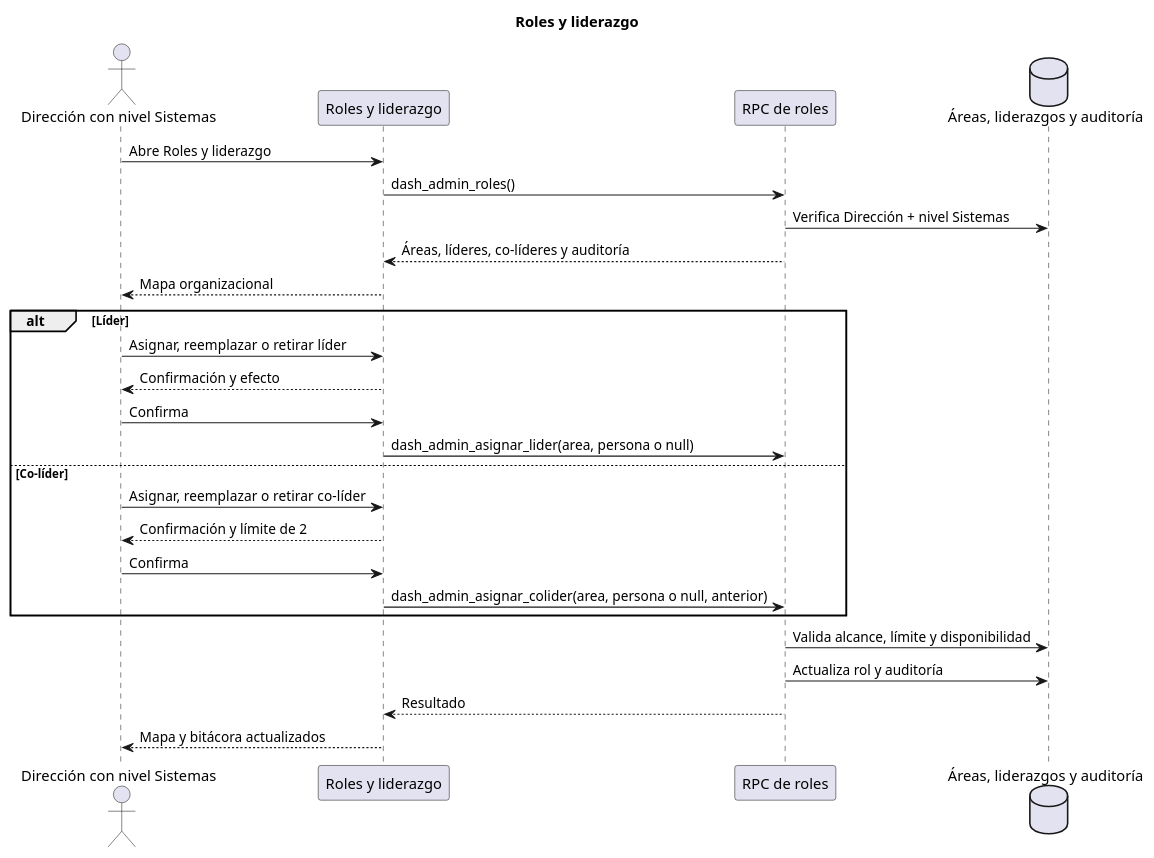
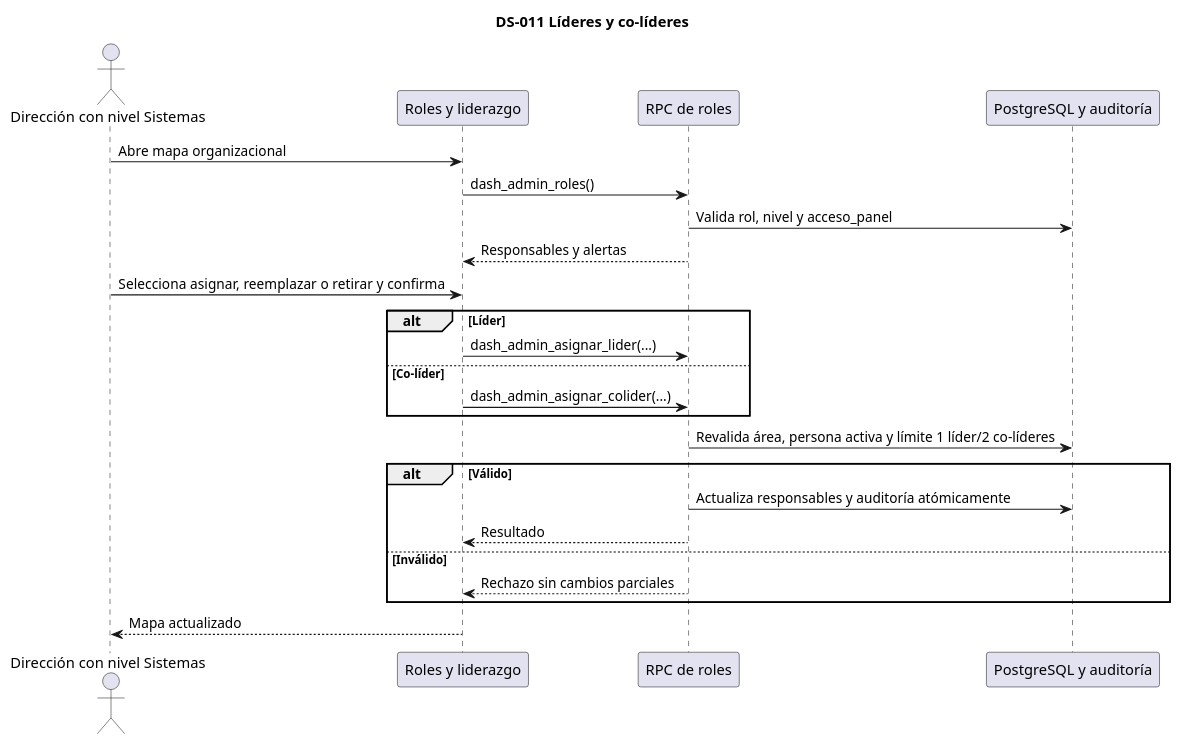
Diagram 11 of 22 in docs/21-diagramas-secuencia-administracion-plantuml.md (kjabienestar-ux/KJA), drawn with PlantUML before and after one commit. The commit also changed other lines of this file and 4 other files, not shown here.

````diff
--- a/docs/21-diagramas-secuencia-administracion-plantuml.md
+++ b/docs/21-diagramas-secuencia-administracion-plantuml.md
@@ -348,30 +356,27 @@
 ```plantuml
 @startuml
-title Roles y liderazgo
-actor "Dirección con nivel Sistemas" as Sys
-participant "Roles y liderazgo" as Web
-participant "RPC de roles" as RPC
-database "Áreas, liderazgos y auditoría" as DB
-
-Sys -> Web: Abre Roles y liderazgo
-Web -> RPC: dash_admin_roles()
-RPC -> DB: Verifica Dirección + nivel Sistemas
-RPC --> Web: Áreas, líderes, co-líderes y auditoría
-Web --> Sys: Mapa organizacional
+title DS-011 Líderes y co-líderes
+actor "Dirección con nivel Sistemas" as U
+participant "Roles y liderazgo" as W
+participant "RPC de roles" as R
+participant "PostgreSQL y auditoría" as B
+U -> W: Abre mapa organizacional
+W -> R: dash_admin_roles()
+R -> B: Valida rol, nivel y acceso_panel
+R --> W: Responsables y alertas
+U -> W: Selecciona asignar, reemplazar o retirar y confirma
 alt Líder
-  Sys -> Web: Asignar, reemplazar o retirar líder
-  Web --> Sys: Confirmación y efecto
-  Sys -> Web: Confirma
-  Web -> RPC: dash_admin_asignar_lider(area, persona o null)
+W -> R: dash_admin_asignar_lider(...)
 else Co-líder
-  Sys -> Web: Asignar, reemplazar o retirar co-líder
-  Web --> Sys: Confirmación y límite de 2
-  Sys -> Web: Confirma
-  Web -> RPC: dash_admin_asignar_colider(area, persona o null, anterior)
+W -> R: dash_admin_asignar_colider(...)
 end
-RPC -> DB: Valida alcance, límite y disponibilidad
-RPC -> DB: Actualiza rol y auditoría
-RPC --> Web: Resultado
-Web --> Sys: Mapa y bitácora actualizados
+R -> B: Revalida área, persona activa y límite 1 líder/2 co-líderes
+alt Válido
+R -> B: Actualiza responsables y auditoría atómicamente
+R --> W: Resultado
+else Inválido
+R --> W: Rechazo sin cambios parciales
+end
+W --> U: Mapa actualizado
 @enduml
 ```
````
